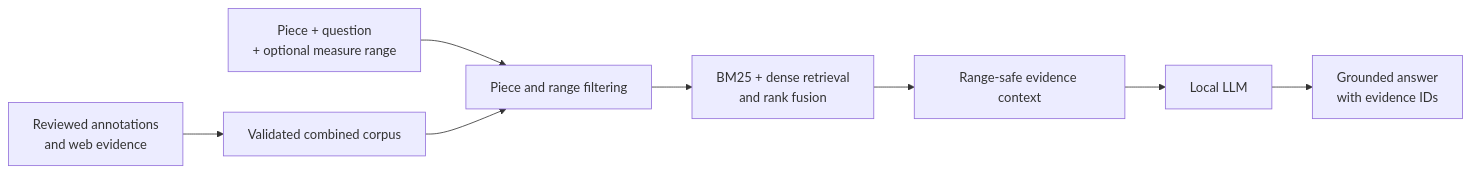
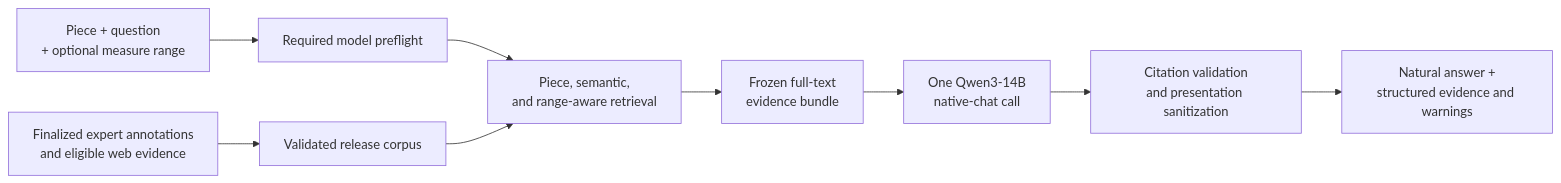
The diagram in docs/rag-llm-pipeline-method.md (minigb/soprano-qa-rag-system), drawn with Mermaid before and after one commit. The commit also changed other lines of this file and 17 other files, not shown here.

First line of the commit message:
feat: refine five-piece grounded answer pipeline

````diff
--- a/docs/rag-llm-pipeline-method.md
+++ b/docs/rag-llm-pipeline-method.md
@@ -11,16 +13,17 @@
 ```mermaid
 flowchart LR
-    A["Reviewed annotations<br/>and web evidence"]
-    B["Validated combined corpus"]
+    A["Finalized expert annotations<br/>and eligible web evidence"]
+    B["Validated release corpus"]
     C["Piece + question<br/>+ optional measure range"]
-    D["Piece and range filtering"]
-    E["BM25 + dense retrieval<br/>and rank fusion"]
-    F["Range-safe evidence context"]
-    G["Local LLM"]
-    H["Grounded answer<br/>with evidence IDs"]
+    P["Required model preflight"]
+    D["Piece, semantic,<br/>and range-aware retrieval"]
+    E["Frozen full-text<br/>evidence bundle"]
+    F["One Qwen3-14B<br/>native-chat call"]
+    G["Citation validation<br/>and presentation sanitization"]
+    H["Natural answer +<br/>structured evidence and warnings"]
 
     A --> B
-    C --> D
+    C --> P --> D
     B --> D
     D --> E --> F --> G --> H
 ```
````
